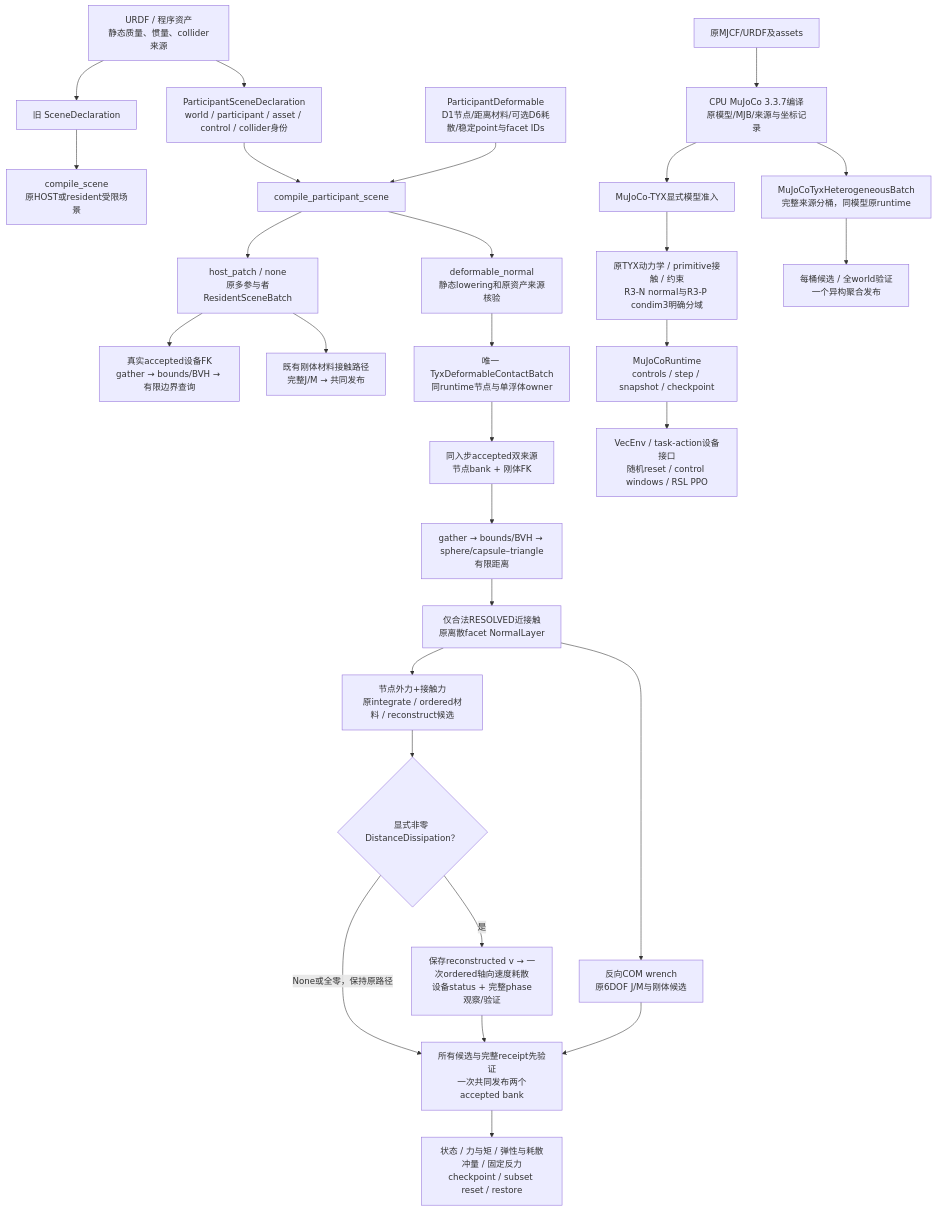
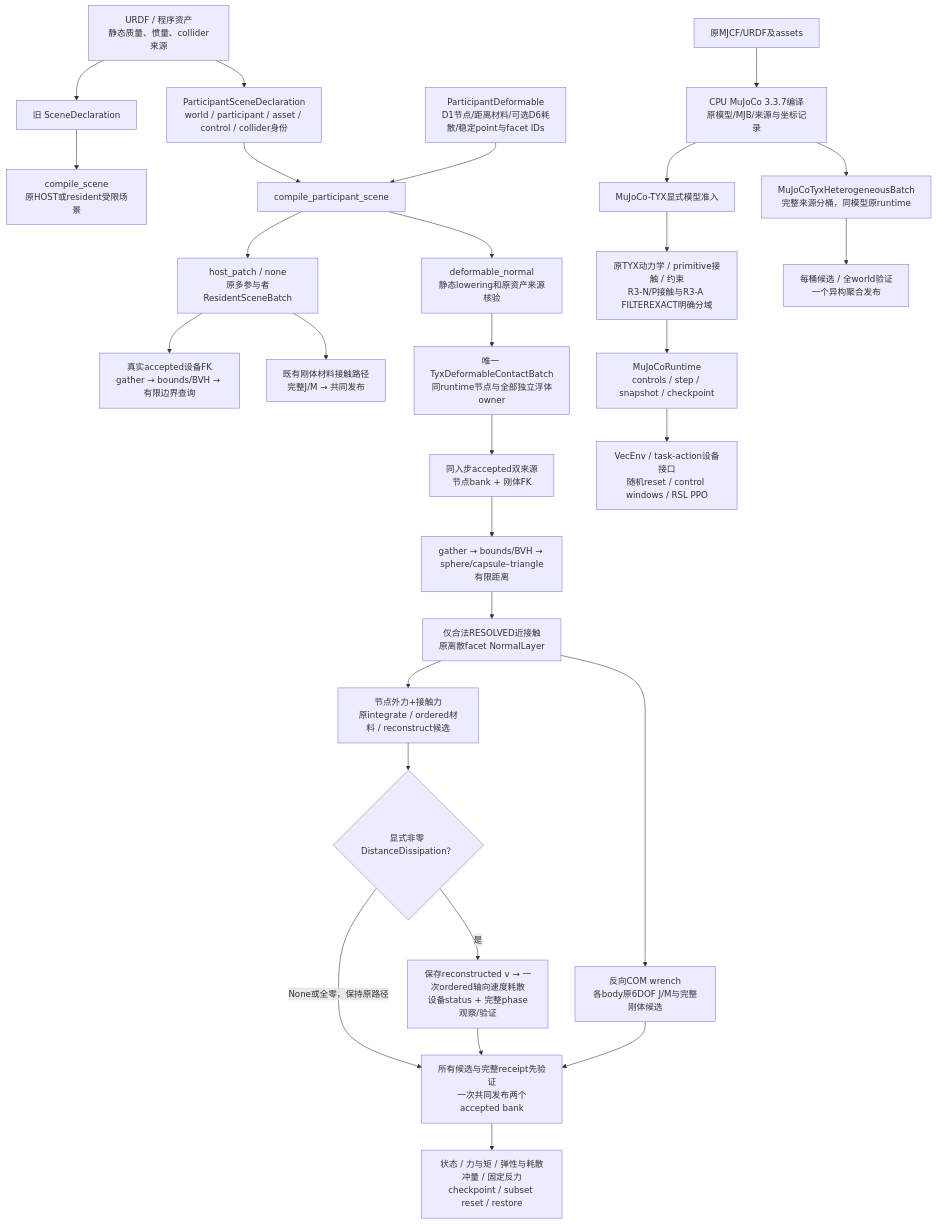
The diagram in docs/development/p65-feature-architecture-draft-20261113.md (ChenxrC/phymeo), drawn with Mermaid before and after one commit. The commit also changed other lines of this file and 9 other files, not shown here.

Commit message:
docs: close functional batch with qualified architecture and remaining gaps

```diff
--- a/docs/development/p65-feature-architecture-draft-20261113.md
+++ b/docs/development/p65-feature-architecture-draft-20261113.md
@@ -16,39 +16,39 @@
 ~~~mermaid
 flowchart TD
   Asset["URDF / 程序资产<br/>静态质量、惯量、collider来源"]
   OldDecl["旧 SceneDeclaration"]
   PDecl["ParticipantSceneDeclaration<br/>world / participant / asset / control / collider身份"]
   Asset --> OldDecl
   Asset --> PDecl
   OldDecl --> Old["compile_scene<br/>原HOST或resident受限场景"]
 
   PDecl --> Factory["compile_participant_scene"]
   Factory --> RScene["host_patch / none<br/>原多参与者ResidentSceneBatch"]
   RScene --> M1["真实accepted设备FK<br/>gather → bounds/BVH → 有限边界查询"]
   RScene --> RResponse["既有刚体材料接触路径<br/>完整J/M → 共同发布"]
 
   NodeDecl["ParticipantDeformable<br/>D1节点/距离材料/可选D6耗散/稳定point与facet IDs"]
   NodeDecl --> Factory
   Factory --> D5["deformable_normal<br/>静态lowering和原资产来源核验"]
-  D5 --> Joint["唯一 TyxDeformableContactBatch<br/>同runtime节点与单浮体owner"]
+  D5 --> Joint["唯一 TyxDeformableContactBatch<br/>同runtime节点与全部独立浮体owner"]
   Joint --> Dual["同入步accepted双来源<br/>节点bank + 刚体FK"]
   Dual --> D2["gather → bounds/BVH → sphere/capsule–triangle有限距离"]
   D2 --> Law["仅合法RESOLVED近接触<br/>原离散facet NormalLayer"]
   Law --> NodeCandidate["节点外力+接触力<br/>原integrate / ordered材料 / reconstruct候选"]
-  Law --> RigidCandidate["反向COM wrench<br/>原6DOF J/M与刚体候选"]
+  Law --> RigidCandidate["反向COM wrench<br/>各body原6DOF J/M与完整刚体候选"]
   NodeCandidate --> D6Choice{"显式非零 DistanceDissipation？"}
   D6Choice -->|是| D6["保存reconstructed v → 一次ordered轴向速度耗散<br/>设备status + 完整phase观察/验证"]
   D6Choice -->|None或全零，保持原路径| Commit["所有候选与完整receipt先验证<br/>一次共同发布两个accepted bank"]
   D6 --> Commit
   RigidCandidate --> Commit
   Commit --> Public["状态 / 力与矩 / 弹性与耗散冲量 / 固定反力<br/>checkpoint / subset reset / restore"]
 
   Native["原MJCF/URDF及assets"]
   Native --> Compile["CPU MuJoCo 3.3.7编译<br/>原模型/MJB/来源与坐标记录"]
   Compile --> Admission["MuJoCo-TYX显式模型准入"]
-  Admission --> NativeTYX["原TYX动力学 / primitive接触 / 约束<br/>R3-N normal与R3-P condim3明确分域"]
+  Admission --> NativeTYX["原TYX动力学 / primitive接触 / 约束<br/>R3-N/P接触与R3-A FILTEREXACT明确分域"]
   NativeTYX --> NativeRuntime["MuJoCoRuntime<br/>controls / step / snapshot / checkpoint"]
   NativeRuntime --> Train["VecEnv / task-action设备接口<br/>随机reset / control windows / RSL PPO"]
   Compile --> Buckets["MuJoCoTyxHeterogeneousBatch<br/>完整来源分桶，同模型原runtime"]
   Buckets --> Multi["每桶候选 / 全world验证<br/>一个异构聚合发布"]
 ~~~
```
